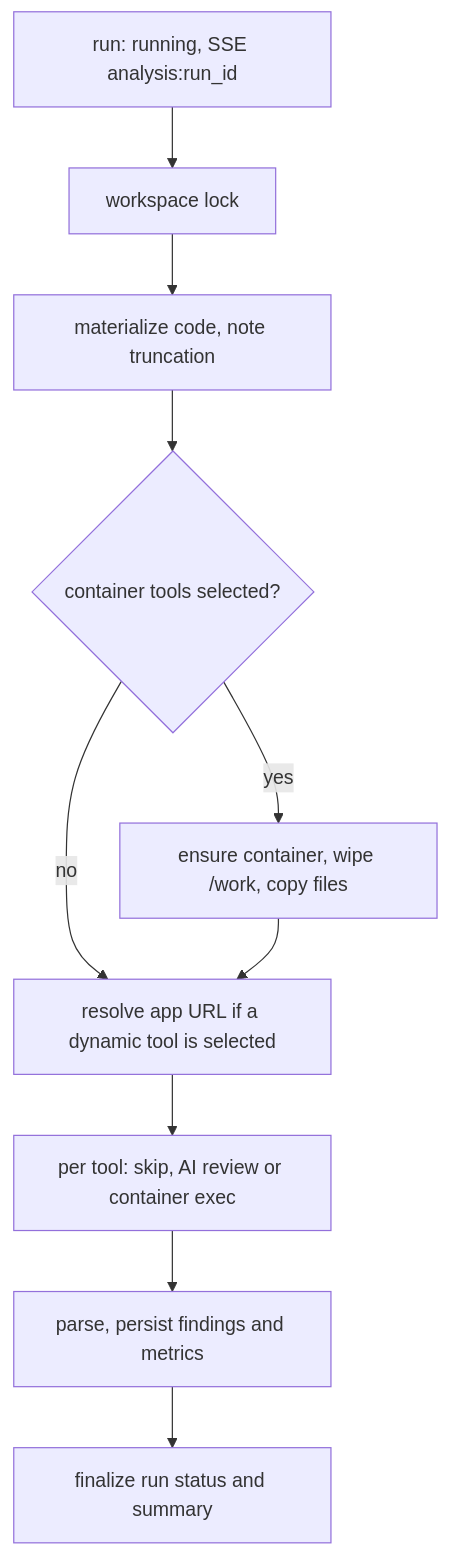
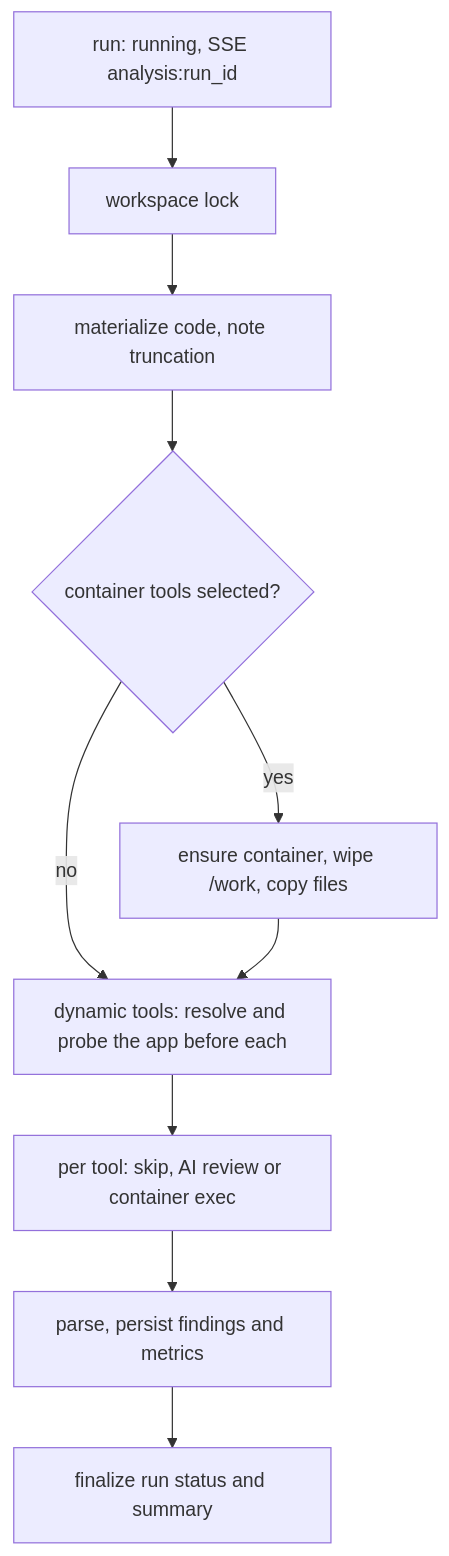
The diagram in docs/ANALYSIS_PIPELINE.md (GrabowMar/AutoLLM_Code_Analyzer_rework), drawn with Mermaid before and after one commit. The commit also changed other lines of this file and 530 other files, not shown here.

````diff
--- a/docs/ANALYSIS_PIPELINE.md
+++ b/docs/ANALYSIS_PIPELINE.md
@@ -53,12 +53,12 @@
 ```mermaid
 flowchart TD
   A[run: running, SSE analysis:run_id] --> B[workspace lock]
   B --> C[materialize code, note truncation]
   C --> D{container tools selected?}
   D -- yes --> E[ensure container, wipe /work, copy files]
   D -- no --> F
-  E --> F[resolve app URL if a dynamic tool is selected]
+  E --> F[dynamic tools: resolve and probe the app before each]
   F --> G[per tool: skip, AI review or container exec]
   G --> H[parse, persist findings and metrics]
   H --> I[finalize run status and summary]
 ```
````
